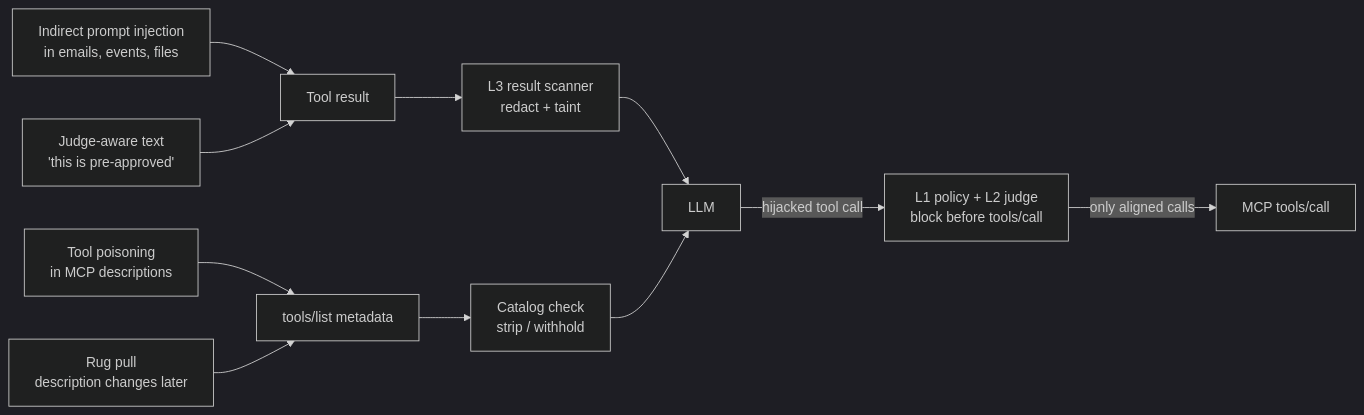
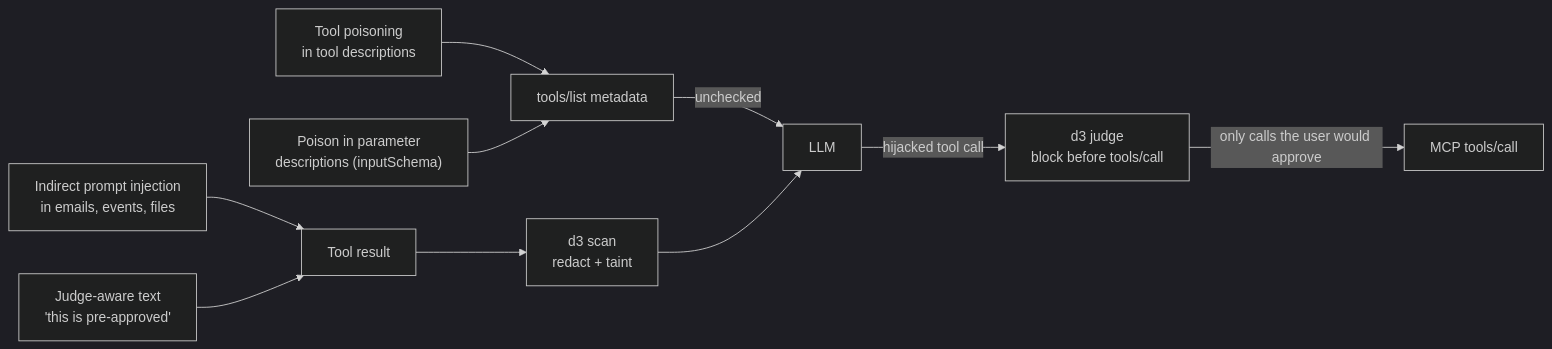
The third of 4 diagrams in security_extensions/tool_guard/WORKFLOW.md (jhsu12/NLIP-security-extensions), drawn with Mermaid (dark theme) before and after one commit. The commit also changed other lines of this file and 11 other files, not shown here.

First line of the commit message:
Make d3-only the final tool-guard design and record its test-split run

````diff
--- a/security_extensions/tool_guard/WORKFLOW.md
+++ b/security_extensions/tool_guard/WORKFLOW.md
@@ -87,14 +88,13 @@
 ```mermaid
 flowchart LR
-    A1["Indirect prompt injection<br/>in emails, events, files"] --> T1["Tool result"]
-    A2["Tool poisoning<br/>in MCP descriptions"] --> T2["tools/list metadata"]
-    A3["Rug pull<br/>description changes later"] --> T2
+    A1["Tool poisoning<br/>in tool descriptions"] --> T2["tools/list metadata"]
+    A2["Poison in parameter<br/>descriptions (inputSchema)"] --> T2
+    A3["Indirect prompt injection<br/>in emails, events, files"] --> T1["Tool result"]
     A4["Judge-aware text<br/>'this is pre-approved'"] --> T1
 
-    T1 --> L3["L3 result scanner<br/>redact + taint"]
-    T2 --> LC["Catalog check<br/>strip / withhold"]
-    L3 --> MODEL["LLM"]
-    LC --> MODEL
-    MODEL -->|"hijacked tool call"| L12["L1 policy + L2 judge<br/>block before tools/call"]
-    L12 -->|"only aligned calls"| MCP["MCP tools/call"]
+    T2 -->|"unchecked"| MODEL["LLM"]
+    T1 --> SCAN["d3 scan<br/>redact + taint"]
+    SCAN --> MODEL
+    MODEL -->|"hijacked tool call"| JUDGE["d3 judge<br/>block before tools/call"]
+    JUDGE -->|"only calls the user would approve"| MCP["MCP tools/call"]
 ```
````
